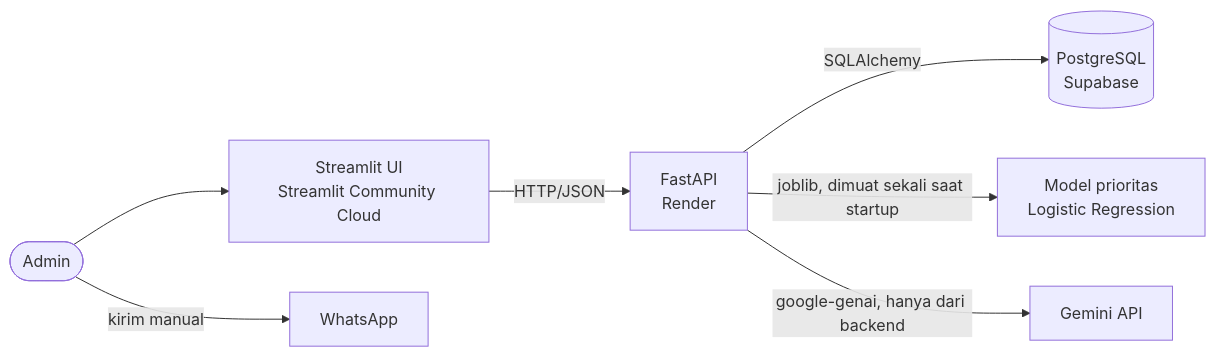
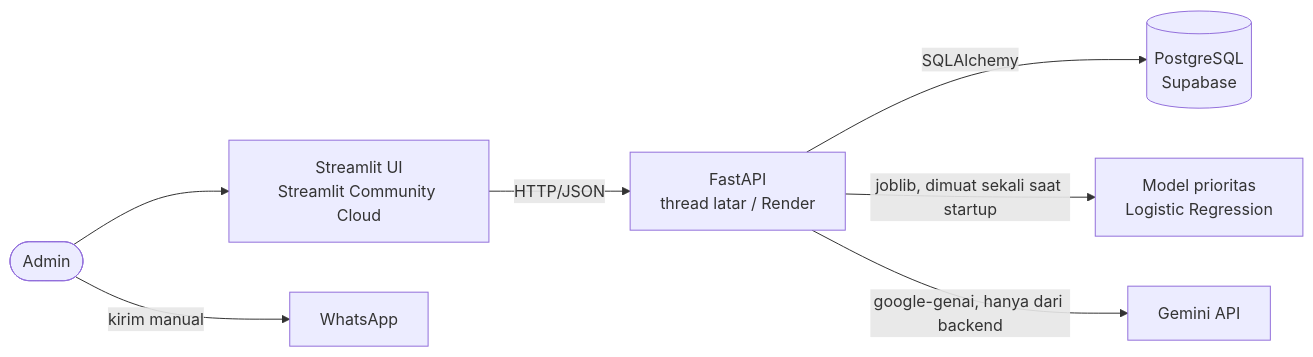
One commit to eugeniahwd/gymnasium-smart-reminder changed the first of 2 diagrams in docs/ARCHITECTURE.md. Above: the diagram before and after it, drawn with Mermaid. The commit also changed other lines of this file and 14 other files, not shown here.

````diff
--- a/docs/ARCHITECTURE.md
+++ b/docs/ARCHITECTURE.md
@@ -3,9 +3,9 @@
 ```mermaid
 flowchart LR
     Admin([Admin]) --> UI[Streamlit UI<br/>Streamlit Community Cloud]
-    UI -->|HTTP/JSON| API[FastAPI<br/>Render]
+    UI -->|HTTP/JSON| API[FastAPI<br/>thread latar / Render]
     API -->|SQLAlchemy| DB[(PostgreSQL<br/>Supabase)]
     API -->|joblib, dimuat sekali saat startup| ML[Model prioritas<br/>Logistic Regression]
     API -->|google-genai, hanya dari backend| GEM[Gemini API]
     Admin -->|kirim manual| WA[WhatsApp]
 ```
````
